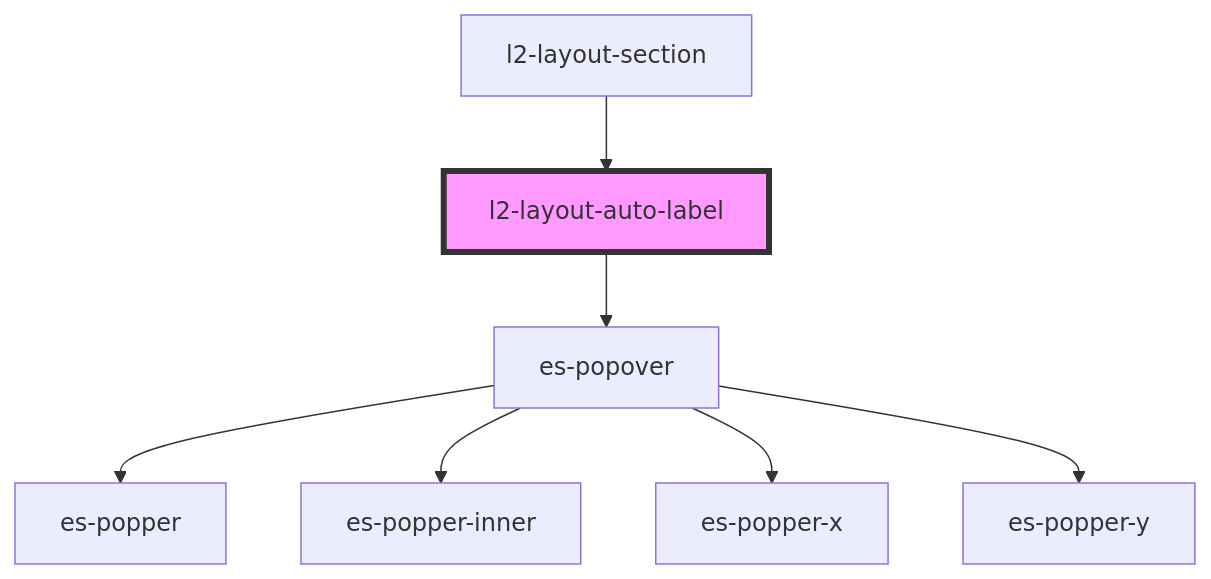
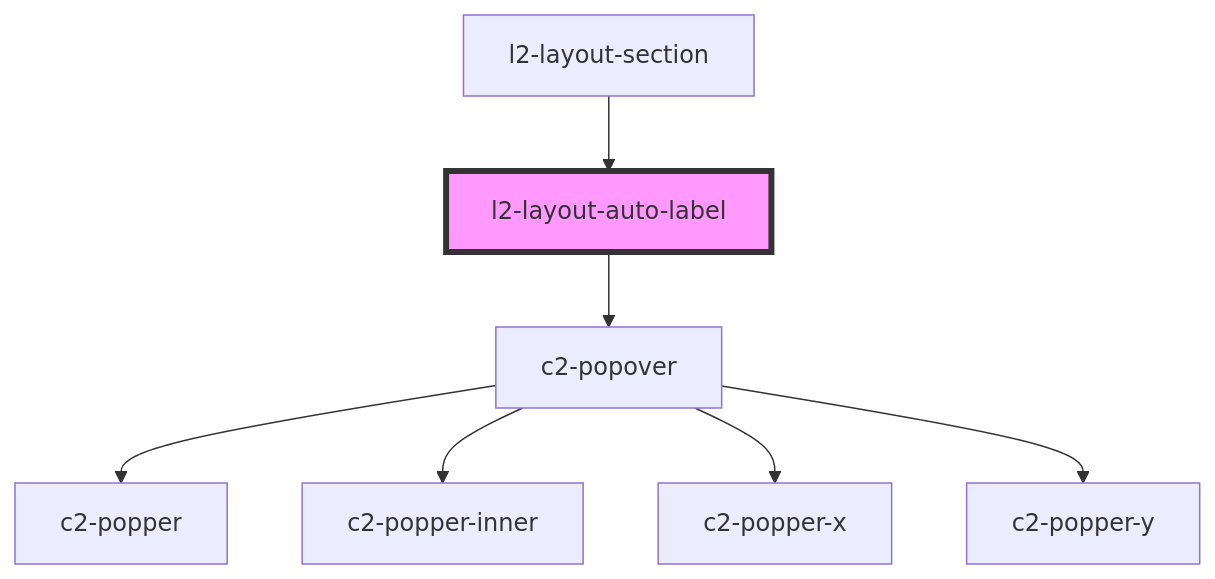
Before and after one commit to EventStore/Design-System: the diagram in packages/layout/src/components/layout-auto-label/readme.md, drawn with Mermaid. The commit also changed other lines of this file and 512 other files, not shown here.

````diff
--- a/packages/layout/src/components/layout-auto-label/readme.md
+++ b/packages/layout/src/components/layout-auto-label/readme.md
@@ -26,10 +26,10 @@
 ```mermaid
 graph TD;
-  l2-layout-auto-label --> es-popover
-  es-popover --> es-popper
-  es-popover --> es-popper-inner
-  es-popover --> es-popper-x
-  es-popover --> es-popper-y
+  l2-layout-auto-label --> c2-popover
+  c2-popover --> c2-popper
+  c2-popover --> c2-popper-inner
+  c2-popover --> c2-popper-x
+  c2-popover --> c2-popper-y
   l2-layout-section --> l2-layout-auto-label
   style l2-layout-auto-label fill:#f9f,stroke:#333,stroke-width:4px
 ```
````
